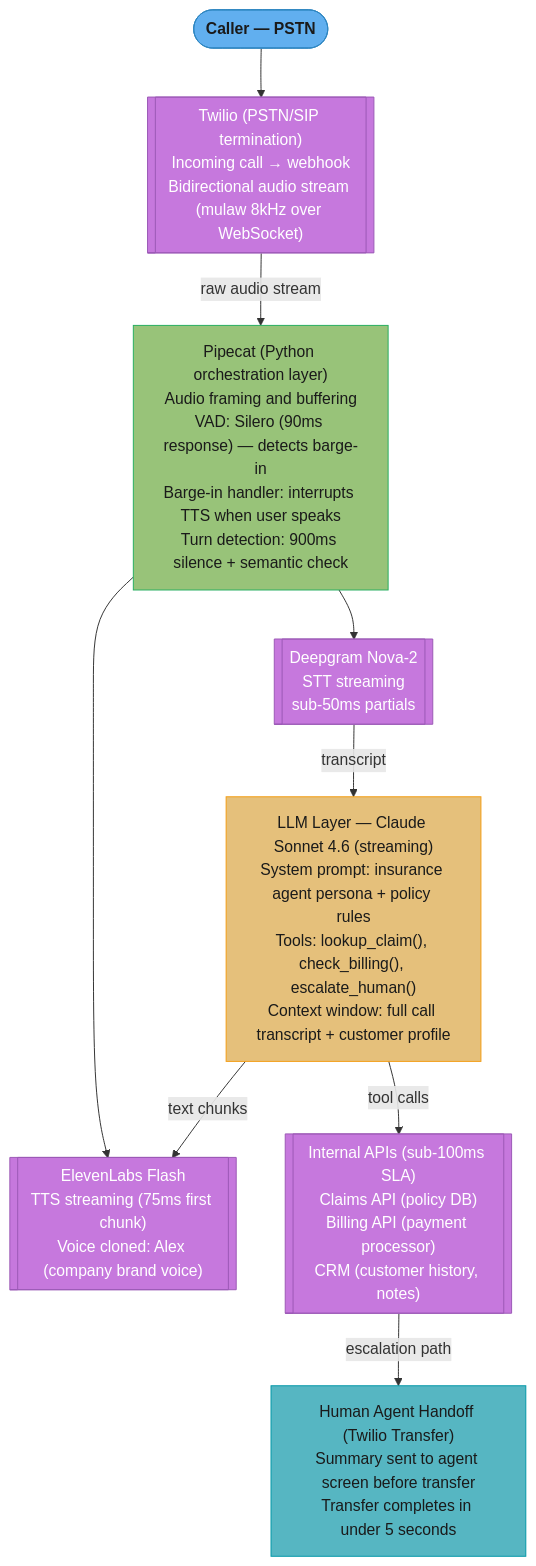
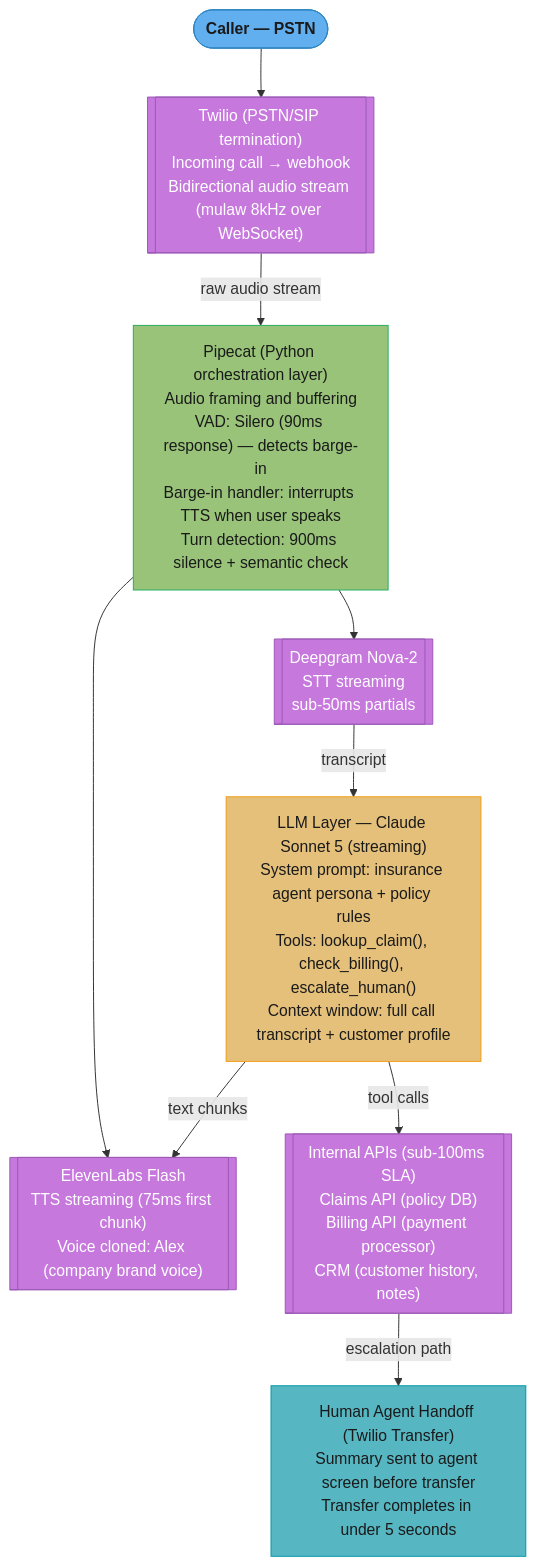
The third of 3 diagrams in src/main/java/com/rutik/systemdesign/llm/voice_agents/voice_agents.md (rppol/system-design), drawn with Mermaid before and after one commit. The commit also changed other lines of this file and 26 other files, not shown here.

````diff
--- a/src/main/java/com/rutik/systemdesign/llm/voice_agents/voice_agents.md
+++ b/src/main/java/com/rutik/systemdesign/llm/voice_agents/voice_agents.md
@@ -520,25 +520,25 @@
 ```mermaid
 flowchart TD
     classDef io      fill:#61afef,stroke:#2e86c1,color:#1a1a1a,font-weight:bold
     classDef frozen  fill:#c678dd,stroke:#9b59b6,color:#fff
     classDef train   fill:#98c379,stroke:#27ae60,color:#1a1a1a
     classDef mathOp  fill:#d19a66,stroke:#e67e22,color:#1a1a1a,font-weight:bold
     classDef lossN   fill:#e06c75,stroke:#c0392b,color:#fff,font-weight:bold
     classDef req     fill:#56b6c2,stroke:#0097a7,color:#1a1a1a
     classDef base    fill:#e5c07b,stroke:#f39c12,color:#1a1a1a
 
     CALLER([Caller — PSTN]) --> TWILIO[["Twilio (PSTN/SIP termination)\nIncoming call → webhook\nBidirectional audio stream (mulaw 8kHz over WebSocket)"]]
     TWILIO -->|"raw audio stream"| PIPECAT["Pipecat (Python orchestration layer)\nAudio framing and buffering\nVAD: Silero (90ms response) — detects barge-in\nBarge-in handler: interrupts TTS when user speaks\nTurn detection: 900ms silence + semantic check"]
     PIPECAT --> STT[["Deepgram Nova-2\nSTT streaming\nsub-50ms partials"]]
     PIPECAT --> TTS[["ElevenLabs Flash\nTTS streaming (75ms first chunk)\nVoice cloned: Alex (company brand voice)"]]
-    STT -->|"transcript"| LLM["LLM Layer — Claude Sonnet 4.6 (streaming)\nSystem prompt: insurance agent persona + policy rules\nTools: lookup_claim(), check_billing(), escalate_human()\nContext window: full call transcript + customer profile"]
+    STT -->|"transcript"| LLM["LLM Layer — Claude Sonnet 5 (streaming)\nSystem prompt: insurance agent persona + policy rules\nTools: lookup_claim(), check_billing(), escalate_human()\nContext window: full call transcript + customer profile"]
     LLM -->|"text chunks"| TTS
     LLM -->|"tool calls"| APIS[["Internal APIs (sub-100ms SLA)\nClaims API (policy DB)\nBilling API (payment processor)\nCRM (customer history, notes)"]]
     APIS -->|"escalation path"| HUMAN["Human Agent Handoff (Twilio Transfer)\nSummary sent to agent screen before transfer\nTransfer completes in under 5 seconds"]
 
     class CALLER io
     class TWILIO,STT,TTS,APIS frozen
     class PIPECAT train
     class LLM base
     class HUMAN req
 ```
````
